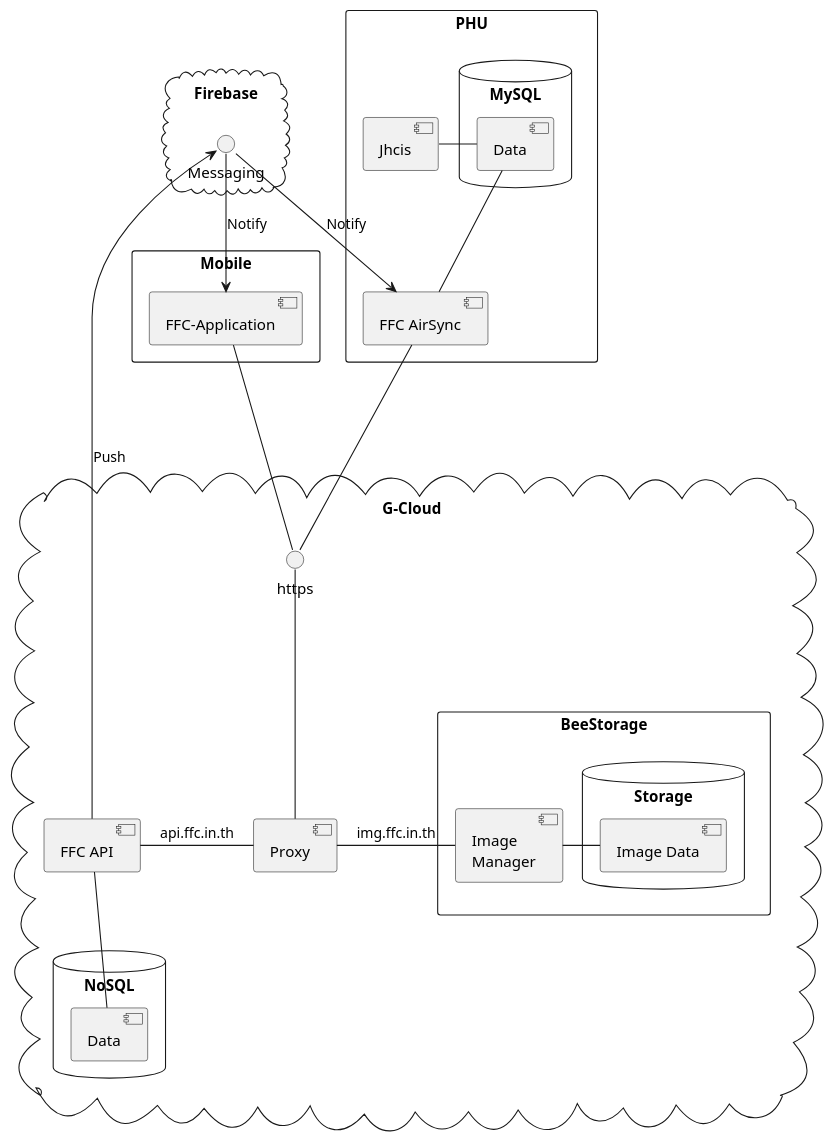
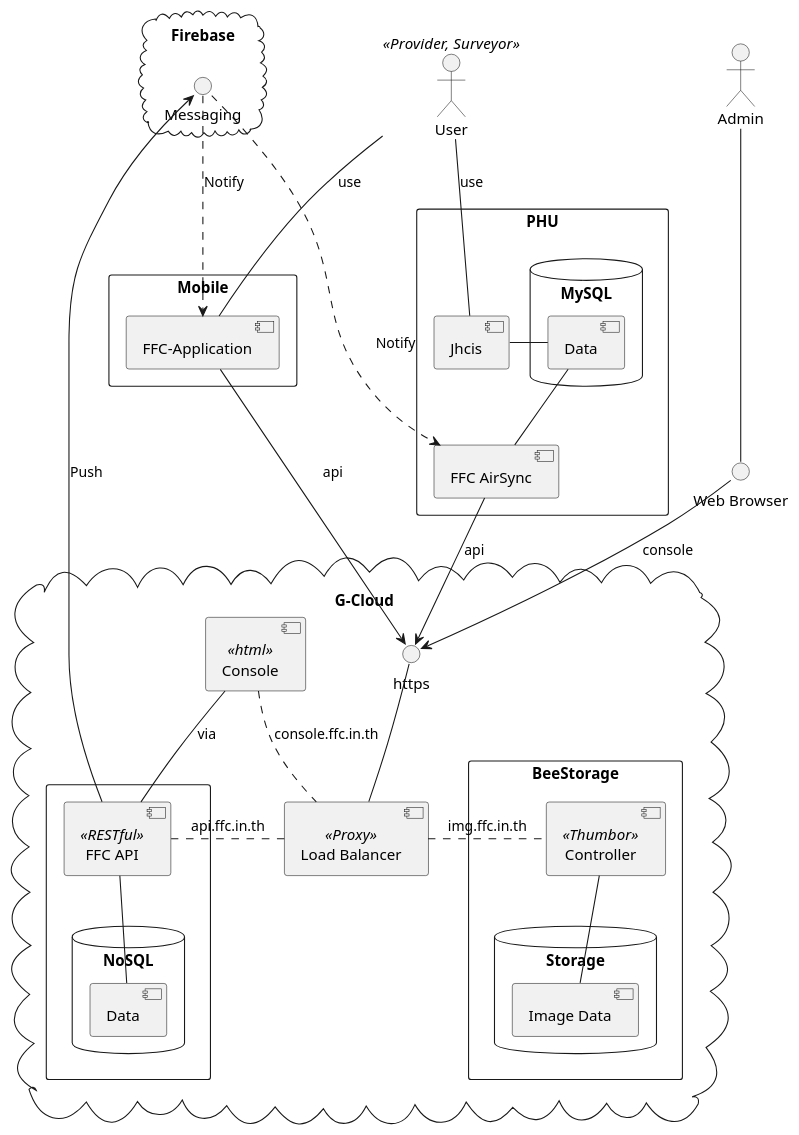
Before and after one commit to ffc-nectec/entities: the diagram in uml/system.plantuml, drawn with PlantUML.

Commit message:
System diagram

```diff
--- a/uml/system.plantuml
+++ b/uml/system.plantuml
@@ -1,53 +1,66 @@
 @startuml
 
 skinparam monochrome true
 skinparam componentStyle uml2
 
 rectangle "PHU" {
     [FFC AirSync] as AirSync
     [Jhcis]
     database "MySQL" {
         [Data] as JDB
     }
     AirSync -up- JDB
     JDB - Jhcis
 }
 
 cloud G-Cloud {
-  [Proxy]
-  [FFC API] as API
-  database "NoSQL" {
-    [Data]
+  rectangle {
+      [FFC API] <<RESTful>> as API
+      database "NoSQL" {
+        [Data]
+      }
+      API -down- Data
   }
   rectangle "BeeStorage" {
-      [Image\nManager] as Img
+      [Controller] <<Thumbor>> as Img
        database "Storage" {
           [Image Data] as ImgData
        }
-       Img - ImgData
+        Img -down- ImgData
   }
-
-  [Proxy] -up-- https
-  Proxy - API : api.ffc.in.th
-  Proxy - Img : img.ffc.in.th
-  API -- Data
-
+  () https
+  [Load Balancer] <<Proxy>> as Proxy
+  Proxy -up- https
+  Proxy . API : api.ffc.in.th
+  Proxy . Img : img.ffc.in.th
+  [Console] <<html>>
+  [Console] .. Proxy : console.ffc.in.th
+  [Console] - API : via
 }
 
 cloud Firebase {
    () Messaging
 }
 
 rectangle Mobile {
     [FFC-Application] as app
 }
 
 API --> Messaging : Push
-Messaging --> app : Notify
-Messaging ---> AirSync : Notify
+Messaging ..> app : Notify
+Messaging ...> AirSync : Notify
 
+AirSync ---> https : api
+app ---> https : api
 
-AirSync --- https
-app --- https
+actor User
+User <<Provider, Surveyor>>
+User -- Jhcis : use
+User - app : use
+
+actor Admin
+() "Web Browser" as web
+web -up-- Admin
+web --> https : console
 
 @enduml
```
